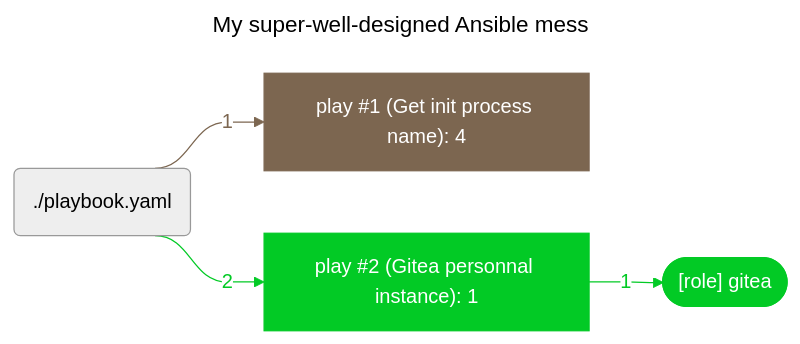
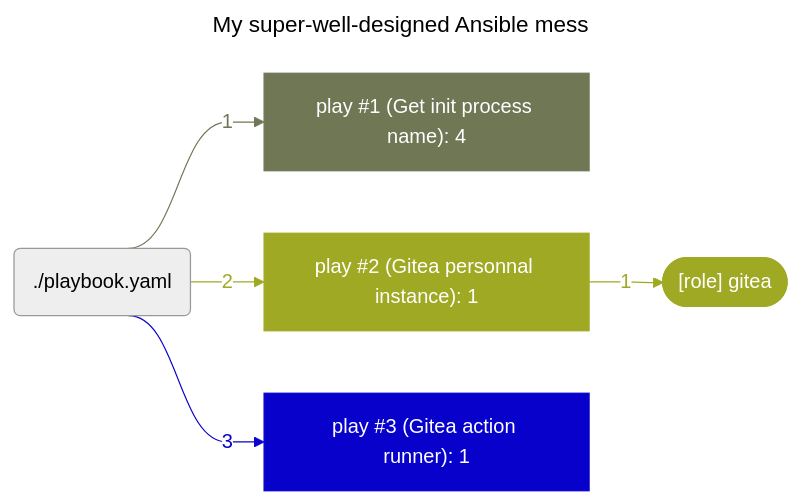
The diagram in README.md (boyreau/boyreau), drawn with Mermaid (neutral theme) before and after one commit.

Commit message:
profile graph automatic update

````diff
--- a/README.md
+++ b/README.md
@@ -48,29 +48,35 @@
 ```mermaid
 ---
 title: "My super-well-designed Ansible mess"
 ---
 %%{ init: { "flowchart": { "curve": "bumpX" } } }%%
 flowchart LR
 	%% Start of the playbook './playbook.yaml'
-	playbook_1085459a("./playbook.yaml")
+	playbook_d8fd15ca("./playbook.yaml")
 		%% Start of the play 'play #1 (Get init process name): 4'
-		play_83bd1f48["play #1 (Get init process name): 4"]
-		style play_83bd1f48 stroke:#7c6650,fill:#7c6650,color:#ffffff
-		playbook_1085459a --> |"1"| play_83bd1f48
-		linkStyle 0 stroke:#7c6650,color:#7c6650
+		play_0607dc29["play #1 (Get init process name): 4"]
+		style play_0607dc29 stroke:#6f7755,fill:#6f7755,color:#ffffff
+		playbook_d8fd15ca --> |"1"| play_0607dc29
+		linkStyle 0 stroke:#6f7755,color:#6f7755
 		%% End of the play 'play #1 (Get init process name): 4'
 		%% Start of the play 'play #2 (Gitea personnal instance): 1'
-		play_e782040d["play #2 (Gitea personnal instance): 1"]
-		style play_e782040d stroke:#02ca25,fill:#02ca25,color:#ffffff
-		playbook_1085459a --> |"2"| play_e782040d
-		linkStyle 1 stroke:#02ca25,color:#02ca25
+		play_19a600b0["play #2 (Gitea personnal instance): 1"]
+		style play_19a600b0 stroke:#a0a923,fill:#a0a923,color:#ffffff
+		playbook_d8fd15ca --> |"2"| play_19a600b0
+		linkStyle 1 stroke:#a0a923,color:#a0a923
 			%% Start of the role '[role] gitea'
-			play_e782040d --> |"1 "| role_f8d9e89a
-			linkStyle 2 stroke:#02ca25,color:#02ca25
-			role_f8d9e89a(["[role] gitea"])
-			style role_f8d9e89a fill:#02ca25,color:#ffffff,stroke:#02ca25
+			play_19a600b0 --> |"1 "| role_c8e85314
+			linkStyle 2 stroke:#a0a923,color:#a0a923
+			role_c8e85314(["[role] gitea"])
+			style role_c8e85314 fill:#a0a923,color:#ffffff,stroke:#a0a923
 			%% End of the role '[role] gitea'
 		%% End of the play 'play #2 (Gitea personnal instance): 1'
+		%% Start of the play 'play #3 (Gitea action runner): 1'
+		play_4261af48["play #3 (Gitea action runner): 1"]
+		style play_4261af48 stroke:#0701cb,fill:#0701cb,color:#ffffff
+		playbook_d8fd15ca --> |"3"| play_4261af48
+		linkStyle 3 stroke:#0701cb,color:#0701cb
+		%% End of the play 'play #3 (Gitea action runner): 1'
 	%% End of the playbook './playbook.yaml'
 
 ```
````
